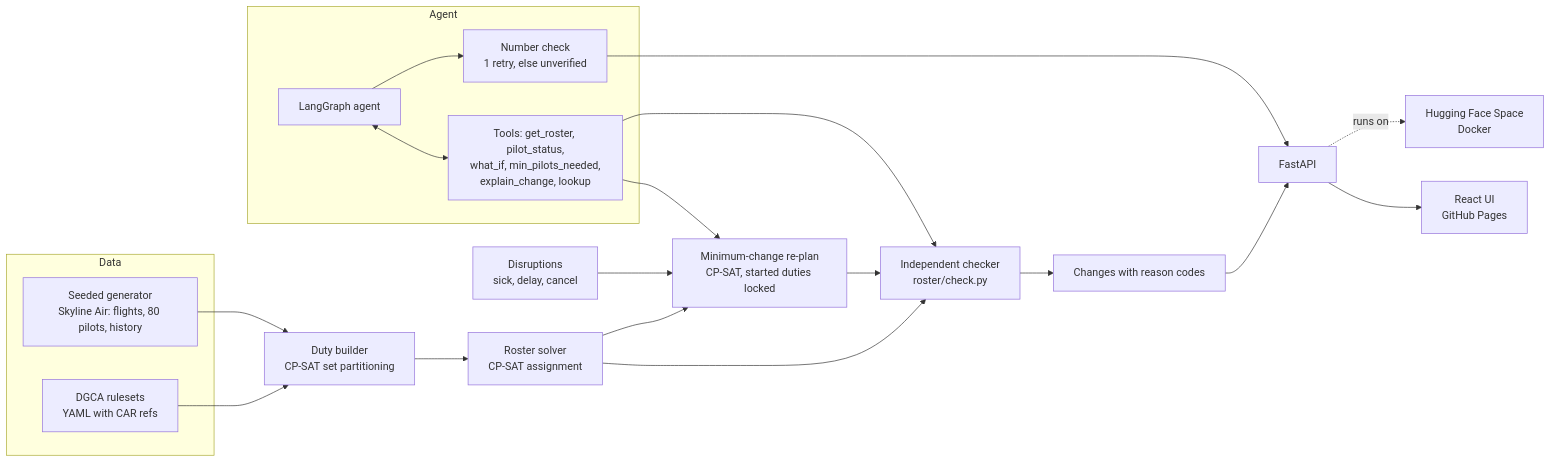
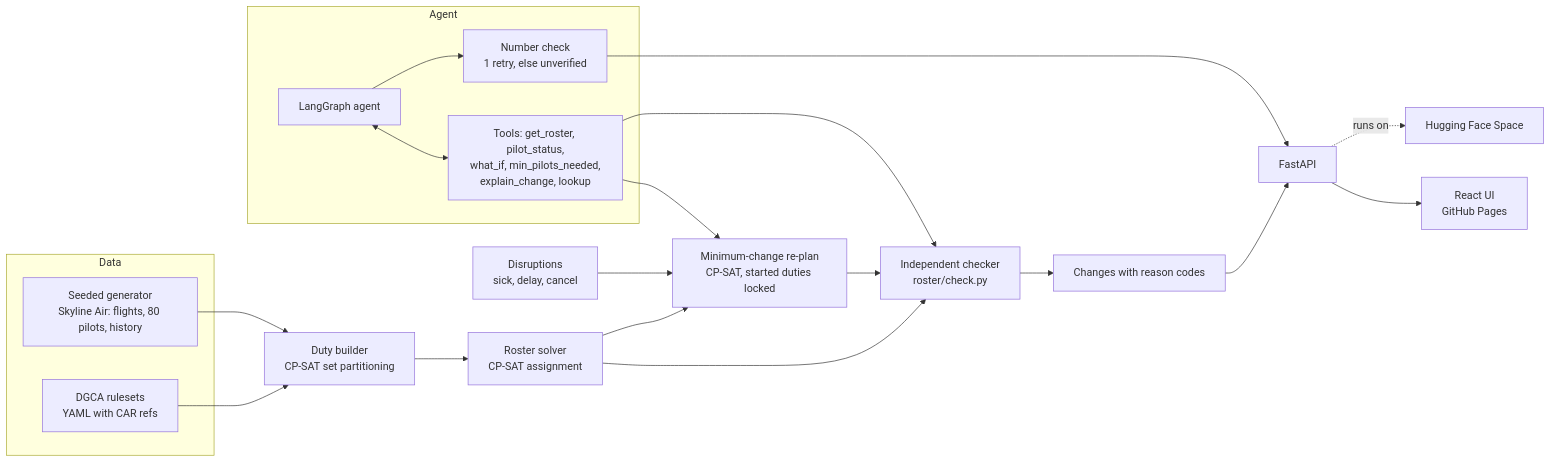
The diagram in README.md (KrtiinSharma/crew-roster-copilot), drawn with Mermaid before and after one commit. The commit also changed other lines of this file and 5 other files, not shown here.

First line of the commit message:
feat(deploy): run the Hugging Face Space as a Gradio app on free ZeroGPU

````diff
--- a/README.md
+++ b/README.md
@@ -23,25 +23,25 @@
 ```mermaid
 flowchart LR
     subgraph Data
       G[Seeded generator<br/>Skyline Air: flights, 80 pilots, history]
       R[DGCA rulesets<br/>YAML with CAR refs]
     end
     G --> D[Duty builder<br/>CP-SAT set partitioning]
     R --> D
     D --> S[Roster solver<br/>CP-SAT assignment]
     S --> C[Independent checker<br/>roster/check.py]
     X[Disruptions<br/>sick, delay, cancel] --> P[Minimum-change re-plan<br/>CP-SAT, started duties locked]
     S --> P
     P --> C
     C --> F[Changes with reason codes]
     subgraph Agent
       A[LangGraph agent] <--> T[Tools: get_roster, pilot_status,<br/>what_if, min_pilots_needed,<br/>explain_change, lookup]
       A --> N[Number check<br/>1 retry, else unverified]
     end
     T --> P
     T --> C
     F --> API[FastAPI]
     N --> API
     API --> UI[React UI<br/>GitHub Pages]
-    API -.runs on.-> CR[Hugging Face Space<br/>Docker]
+    API -.runs on.-> CR[Hugging Face Space]
 ```
````
